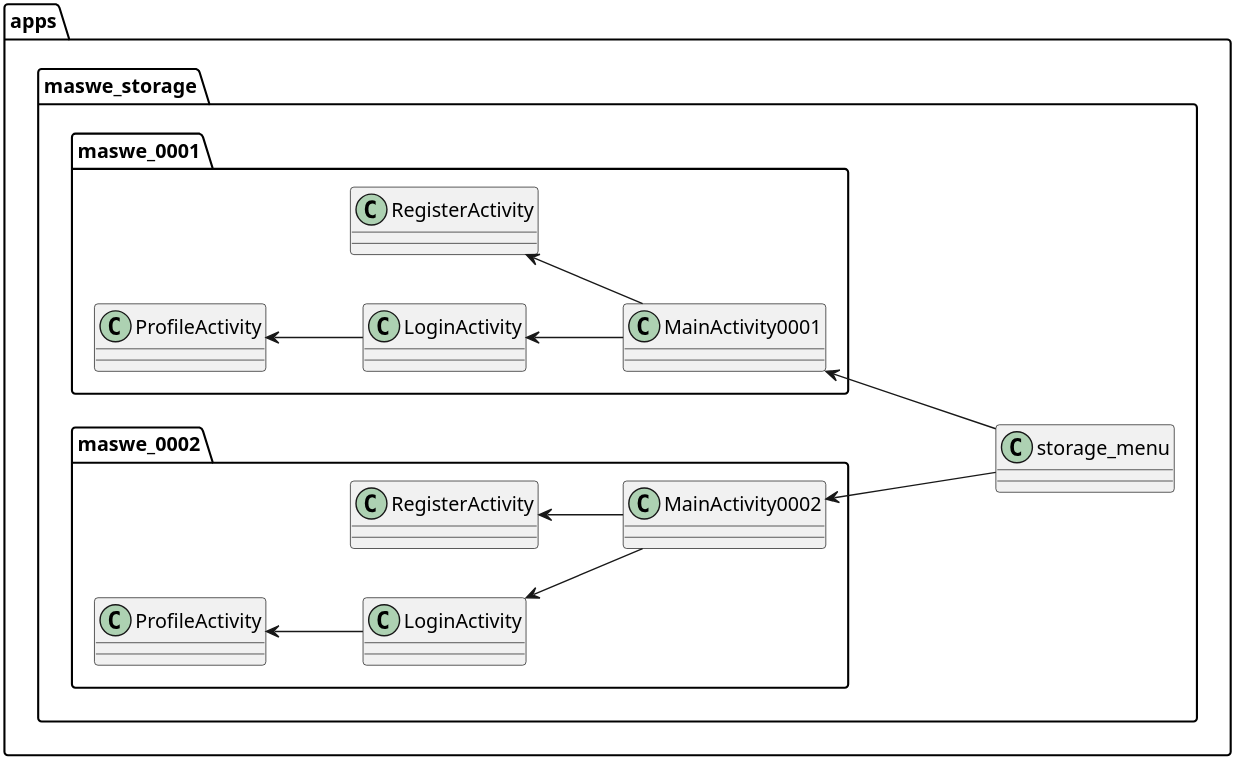
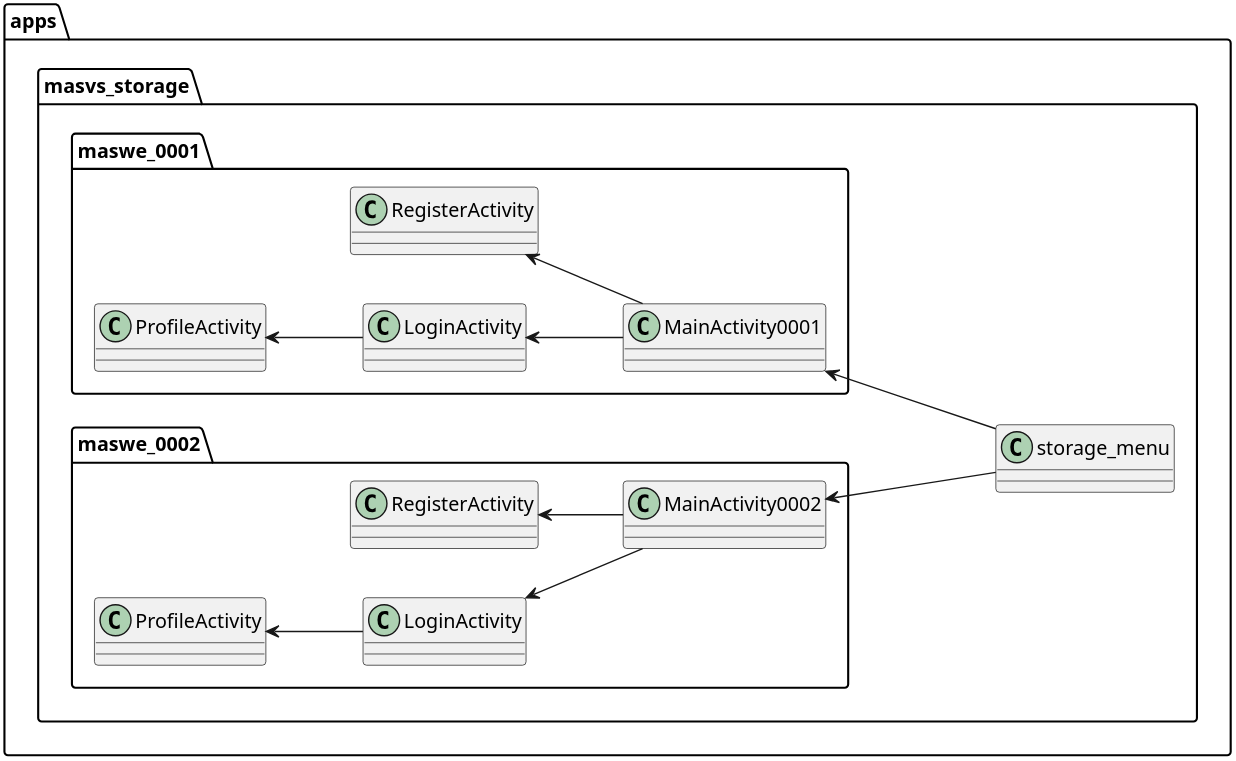
Before and after one commit to domi-cmd/Reference_Application_for_OWASP_MASTG: the diagram in apps/uml_diagrams/feature-oriented_approach.puml, drawn with PlantUML. The commit also changed 6 other files, not shown here.

Commit message:
Did final refinements of the uml diagrams of <Design> section, removed all titles, adjusted names from <maswe...> to <masvs...>

```diff
--- a/apps/uml_diagrams/feature-oriented_approach.puml
+++ b/apps/uml_diagrams/feature-oriented_approach.puml
@@ -1,58 +1,58 @@
 @startuml
 'https://plantuml.com/class-diagram
 ' title High level class diagram of app inheritance
 left to right direction
 skinparam classAttributeIconSize 0
 skinparam dpi 300
 skinparam linetype poly
 
 package "apps"{
-    package maswe_storage{
+    package masvs_storage{
         class storage_menu
 
         package maswe_0001{
             class MainActivity0001
             class RegisterActivity
             class LoginActivity
             class ProfileActivity
         }
 
         package maswe_0002{
             class MainActivity0002
             class regist2 as "RegisterActivity"
             class login2 as "LoginActivity"
             class profile2 as "ProfileActivity"
         }
 
         package maswe_0002{
            class MainActivity0002
            class regist2 as "RegisterActivity"
            class login2 as "LoginActivity"
            class profile2 as "ProfileActivity"
         }
 
         package maswe_0002{
            class MainActivity0002
            class regist2 as "RegisterActivity"
            class login2 as "LoginActivity"
            class profile2 as "ProfileActivity"
         }
     }
 }
 
 
 ' Usage
 MainActivity0001 <--- storage_menu
 RegisterActivity <-- MainActivity0001
 LoginActivity <-- MainActivity0001
 ProfileActivity <-- LoginActivity
 
 MainActivity0002 <--- storage_menu
 regist2 <-- MainActivity0002
 login2 <-- MainActivity0002
 profile2 <-- login2
 
 
 ' Inheritance
 
 @enduml
```
